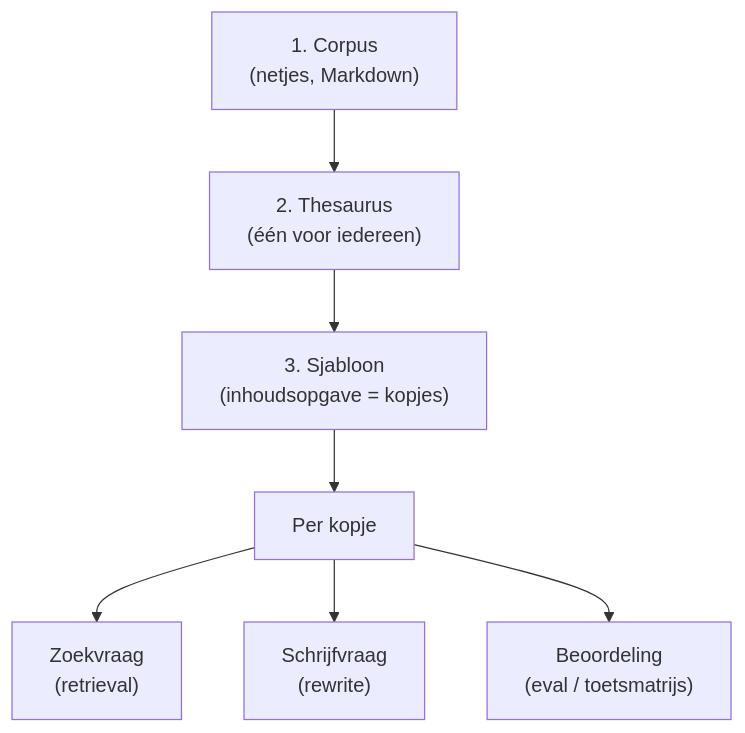
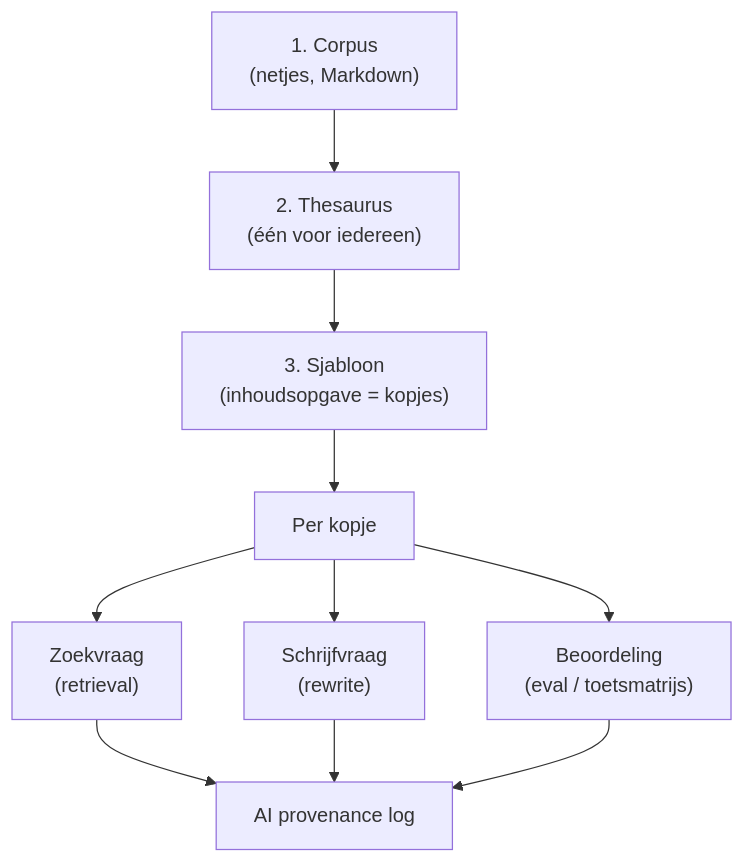
Diagram 12 of 12 in workshopdutch.md (okeribok/FormIt), drawn with Mermaid before and after one commit. The commit also changed other lines of this file, not shown here.

````diff
--- a/workshopdutch.md
+++ b/workshopdutch.md
@@ -498,9 +554,13 @@
 ```mermaid
 flowchart TD
     A["1. Corpus<br/>(netjes, Markdown)"] --> B["2. Thesaurus<br/>(één voor iedereen)"]
     B --> C["3. Sjabloon<br/>(inhoudsopgave = kopjes)"]
     C --> D["Per kopje"]
     D --> D1["Zoekvraag<br/>(retrieval)"]
     D --> D2["Schrijfvraag<br/>(rewrite)"]
     D --> D3["Beoordeling<br/>(eval / toetsmatrijs)"]
+    E["AI provenance log"]
+    D1 --> E
+    D2 --> E
+    D3 --> E
 ```
````
